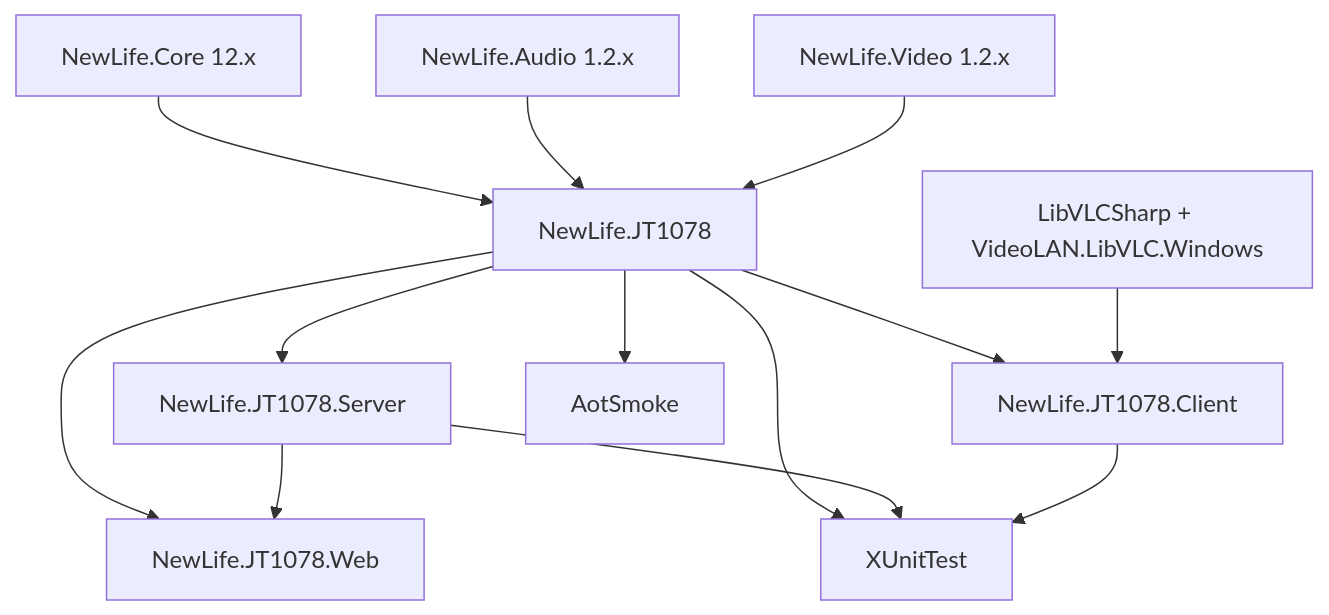
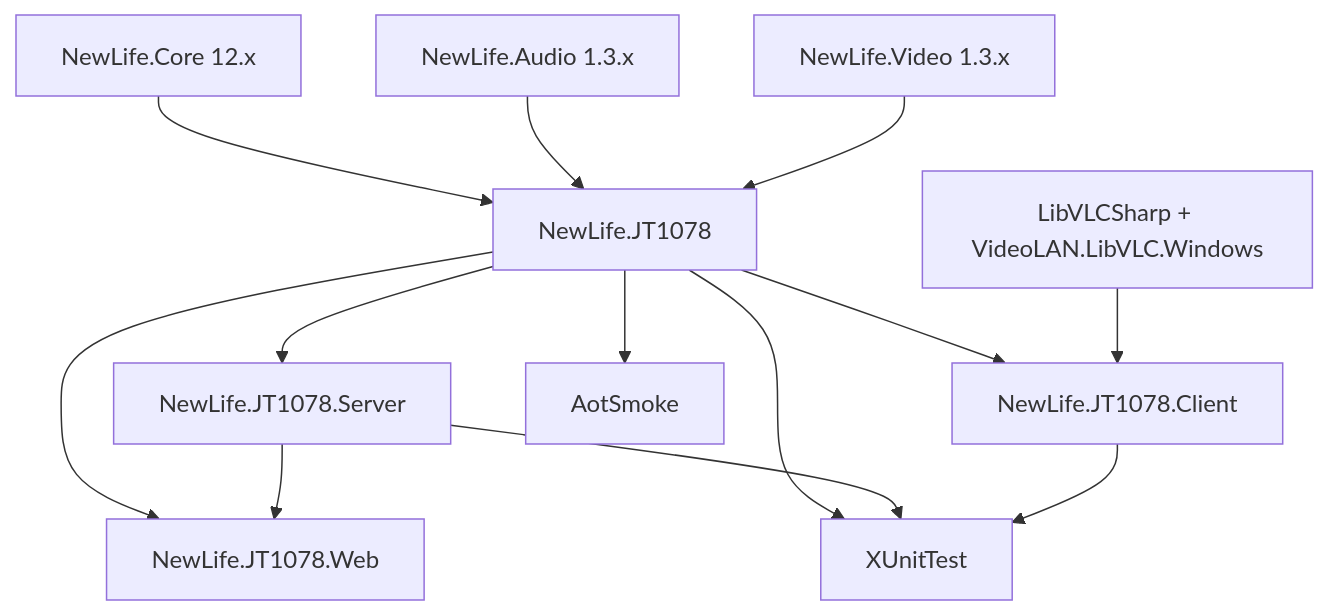
The diagram in Doc/架构设计.md (NewLifeX/NewLife.JT1078), drawn with Mermaid before and after one commit. The commit also changed other lines of this file and 5 other files, not shown here.

````diff
--- a/Doc/架构设计.md
+++ b/Doc/架构设计.md
@@ -405,15 +405,15 @@
 ```mermaid
 graph TD
     NC[NewLife.Core 12.x] --> JT[NewLife.JT1078]
-    NA[NewLife.Audio 1.2.x] --> JT
-    NV[NewLife.Video 1.2.x] --> JT
+    NA[NewLife.Audio 1.3.x] --> JT
+    NV[NewLife.Video 1.3.x] --> JT
     JT --> SRV[NewLife.JT1078.Server]
     JT --> WEB[NewLife.JT1078.Web]
     JT --> CLI[NewLife.JT1078.Client]
     JT --> TEST[XUnitTest]
     JT --> AOT[AotSmoke]
     SRV --> WEB
     SRV --> TEST
     CLI --> TEST
     VLC[LibVLCSharp + VideoLAN.LibVLC.Windows] --> CLI
 ```
````
